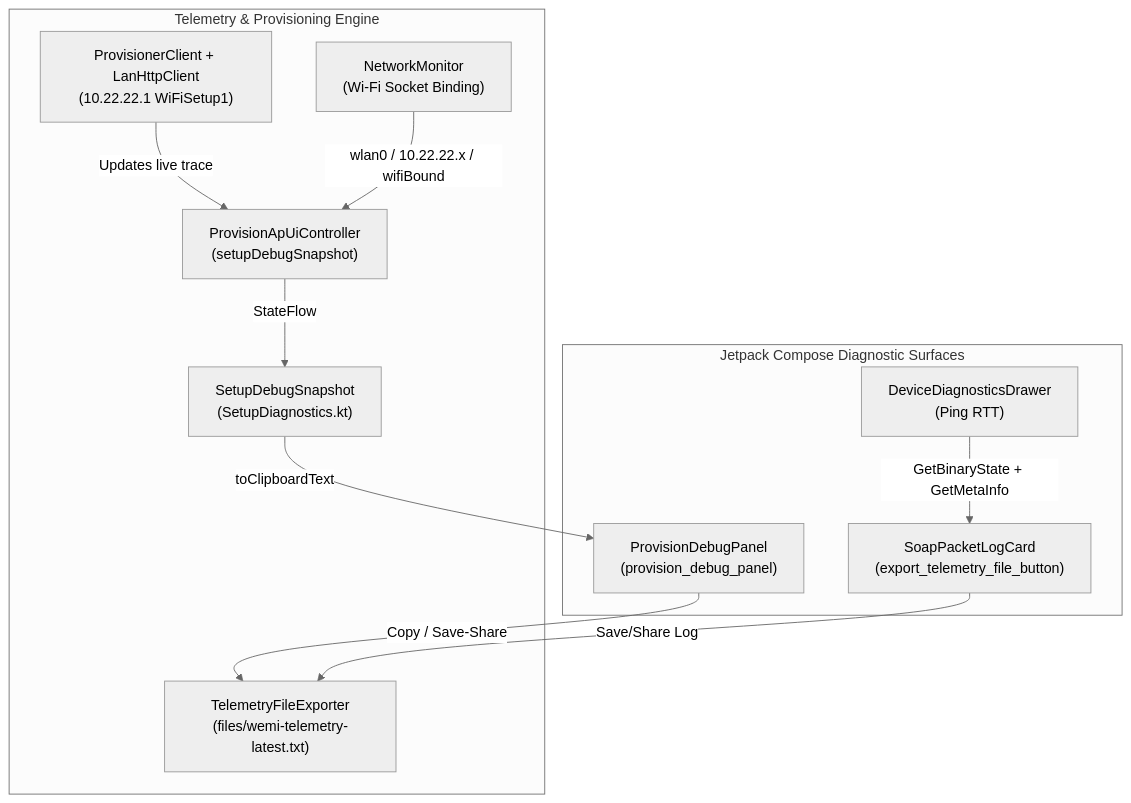
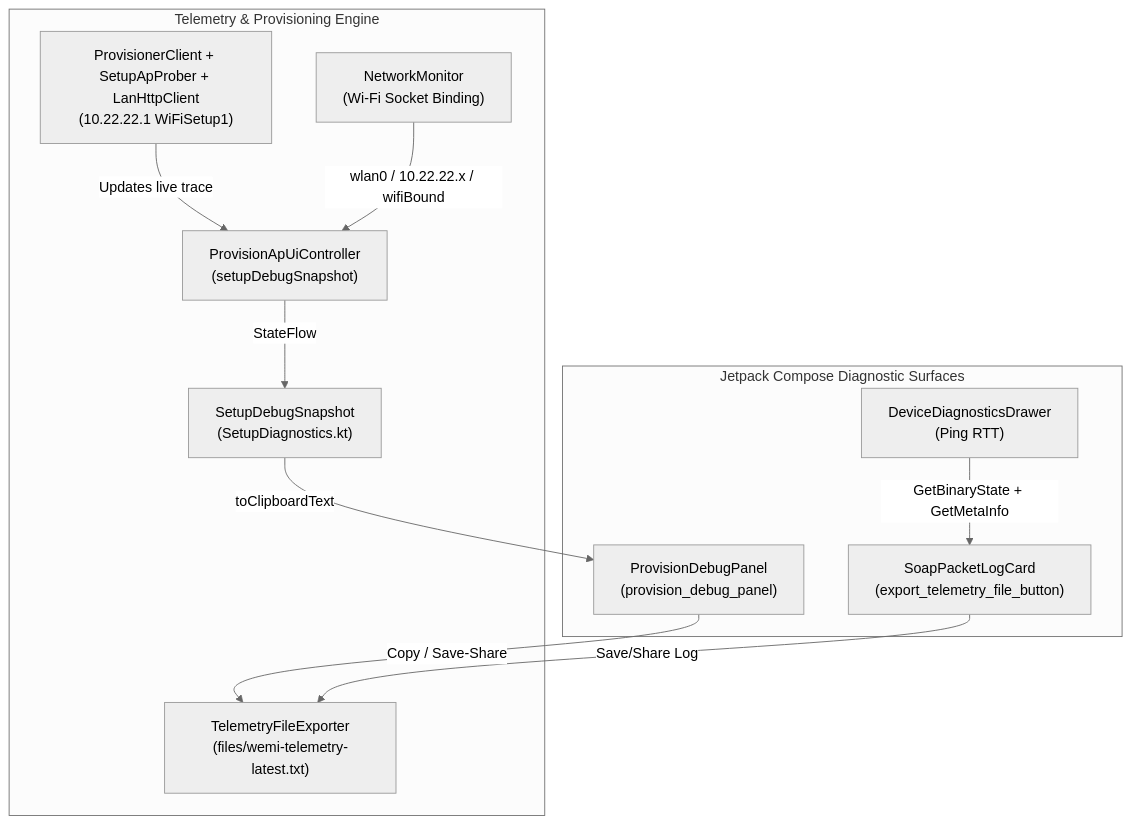
One commit to MichaelRHead/WeMi-light-control changed the diagram in DEBUGGING_AND_SUPPORT.md. Above: the diagram before and after it, drawn with Mermaid (neutral theme). The commit also changed other lines of this file and 4 other files, not shown here.

````diff
--- a/DEBUGGING_AND_SUPPORT.md
+++ b/DEBUGGING_AND_SUPPORT.md
@@ -41,24 +41,24 @@
 ```mermaid
 flowchart TD
     subgraph UI["Jetpack Compose Diagnostic Surfaces"]
         P["ProvisionDebugPanel\n(provision_debug_panel)"]
         M["SoapPacketLogCard\n(export_telemetry_file_button)"]
         D["DeviceDiagnosticsDrawer\n(Ping RTT)"]
     end
 
     subgraph Core["Telemetry & Provisioning Engine"]
         U["ProvisionApUiController\n(setupDebugSnapshot)"]
         S["SetupDebugSnapshot\n(SetupDiagnostics.kt)"]
         E["TelemetryFileExporter\n(files/wemi-telemetry-latest.txt)"]
-        C["ProvisionerClient + LanHttpClient\n(10.22.22.1 WiFiSetup1)"]
+        C["ProvisionerClient + SetupApProber + LanHttpClient\n(10.22.22.1 WiFiSetup1)"]
         N["NetworkMonitor\n(Wi-Fi Socket Binding)"]
     end
 
     C -->|Updates live trace| U
     N -->|wlan0 / 10.22.22.x / wifiBound| U
     U -->|StateFlow| S
     S -->|toClipboardText| P
     P -->|Copy / Save-Share| E
     M -->|Save/Share Log| E
     D -->|GetBinaryState + GetMetaInfo| M
 ```
````
